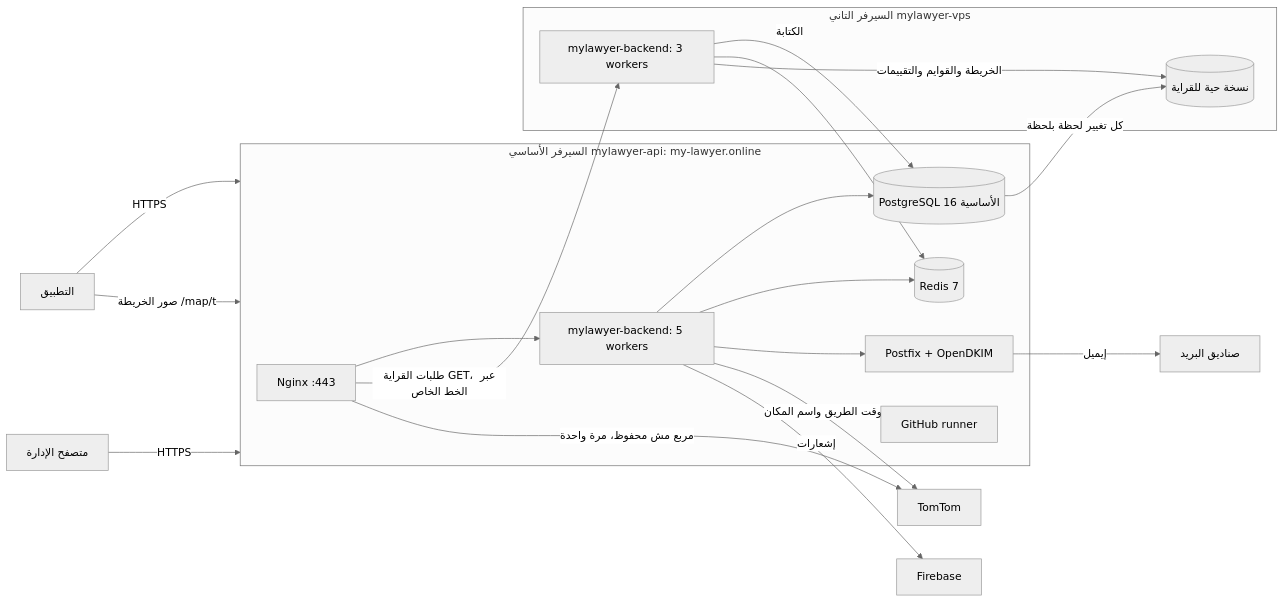
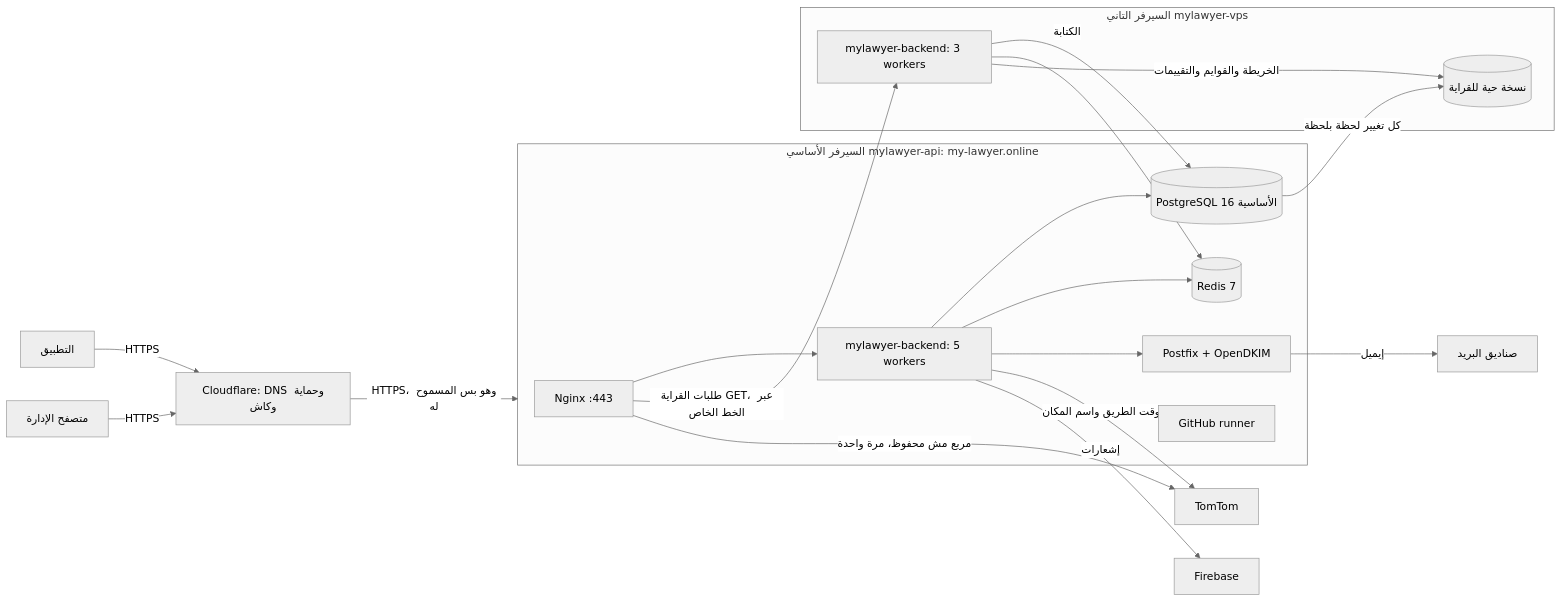
Before and after one commit to same7samy00/MyLawyer-: the diagram in docs/SERVER_ARCHITECTURE.md, drawn with Mermaid (neutral theme). The commit also changed other lines of this file and 22 other files, not shown here.

````diff
--- a/docs/SERVER_ARCHITECTURE.md
+++ b/docs/SERVER_ARCHITECTURE.md
@@ -6,26 +6,26 @@
 ```mermaid
 flowchart LR
-  Phone[التطبيق] -- HTTPS --> API
-  Admin[متصفح الإدارة] -- HTTPS --> API
-  Phone -- صور الخريطة /map/t --> API
+  Phone[التطبيق] -- HTTPS --> CF[Cloudflare: DNS وحماية وكاش]
+  Admin[متصفح الإدارة] -- HTTPS --> CF
+  CF -- HTTPS، وهو بس المسموح له --> API
   subgraph API[السيرفر الأساسي mylawyer-api: my-lawyer.online]
     N1[Nginx :443] --> B[mylawyer-backend: 5 workers]
     B --> PG[(PostgreSQL 16 الأساسية)]
     B --> RD[(Redis 7)]
     B --> PF[Postfix + OpenDKIM]
     R[GitHub runner]
   end
   subgraph VPS[السيرفر التاني mylawyer-vps]
     B2[mylawyer-backend: 3 workers]
     PG2[(نسخة حية للقراية)]
   end
   N1 -- طلبات القراية GET، عبر الخط الخاص --> B2
   B2 -- الكتابة --> PG
   B2 --> RD
   B2 -- الخريطة والقوايم والتقييمات --> PG2
   PG -- كل تغيير لحظة بلحظة --> PG2
   N1 -- مربع مش محفوظ، مرة واحدة --> TT[TomTom]
   B -- وقت الطريق واسم المكان --> TT
   B -- إشعارات --> FCM[Firebase]
   PF -- إيميل --> Mail[صناديق البريد]
 ```
````
